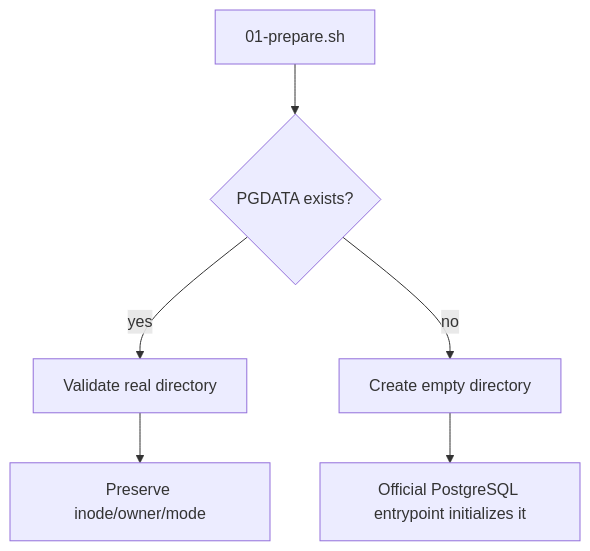
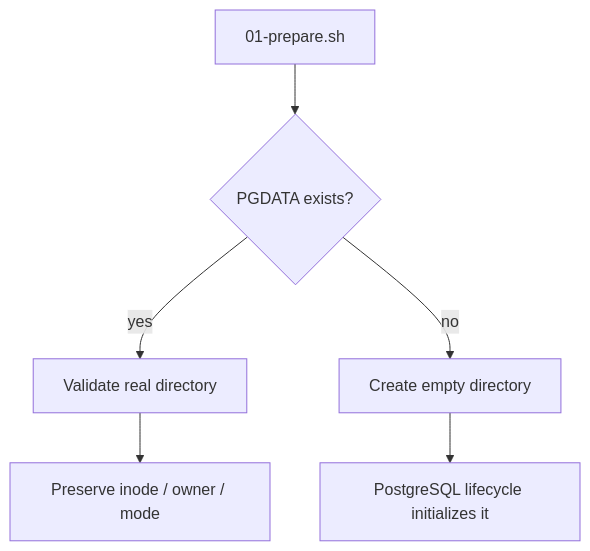
One commit to ea1het/local_hybrid_ai changed the second of 2 diagrams in stack3_-_litellm/README.md. Above: the diagram before and after it, drawn with Mermaid. The commit also changed other lines of this file, not shown here.

````diff
--- a/stack3_-_litellm/README.md
+++ b/stack3_-_litellm/README.md
@@ -49,8 +69,8 @@
 ```mermaid
 flowchart TD
     P[01-prepare.sh] --> E{PGDATA exists?}
     E -->|yes| V[Validate real directory]
-    V --> K[Preserve inode/owner/mode]
+    V --> K[Preserve inode / owner / mode]
     E -->|no| N[Create empty directory]
-    N --> I[Official PostgreSQL entrypoint initializes it]
+    N --> I[PostgreSQL lifecycle initializes it]
 ```
````
